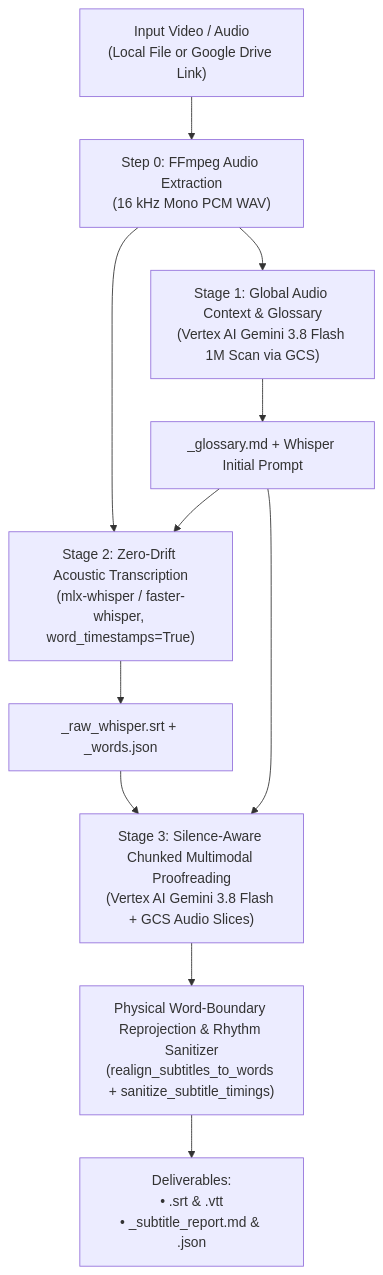
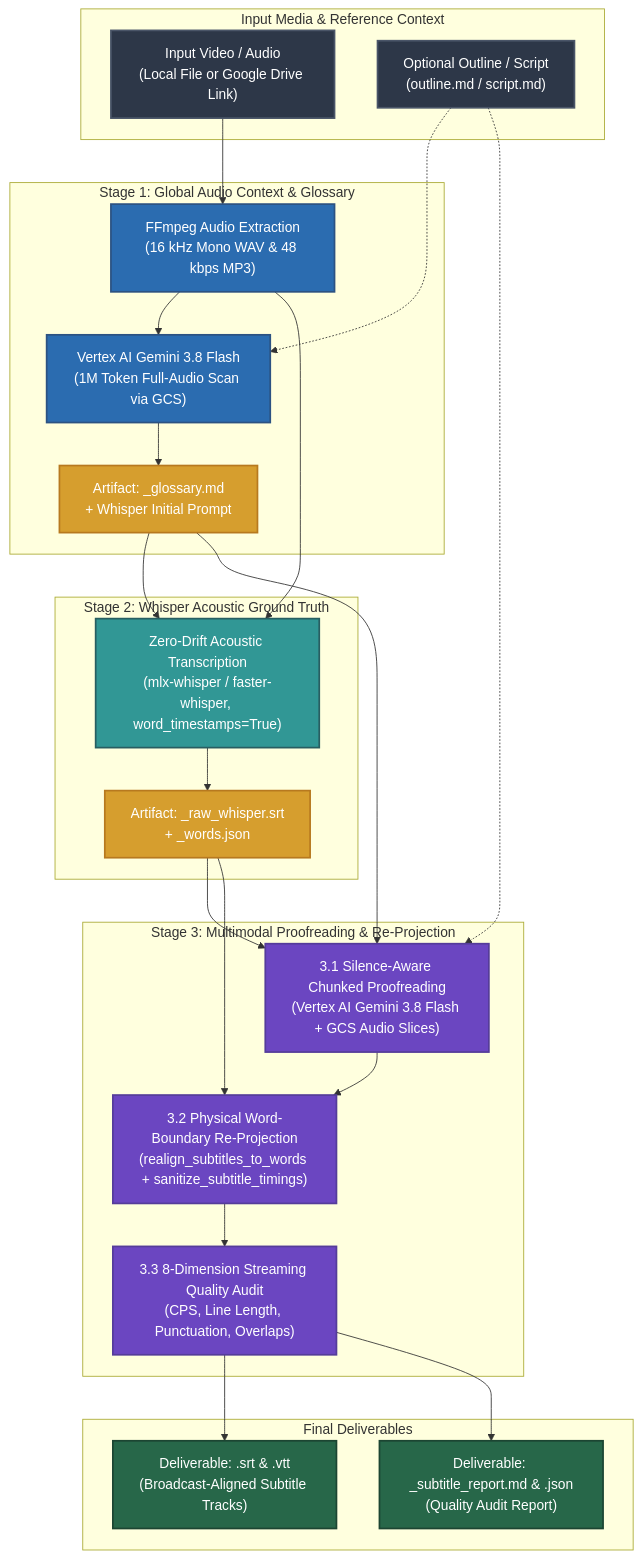
One commit to sylphlin/subtitle-craft changed the diagram in README.md. Above: the diagram before and after it, drawn with Mermaid. The commit also changed 4 other files, not shown here.

Commit message:
docs(readme): add color-coded Mermaid flowcharts for stages, artifacts, and deliverables

````diff
--- a/README.md
+++ b/README.md
@@ -77,13 +77,52 @@
 ```mermaid
 flowchart TD
-    IN["Input Video / Audio<br/>(Local File or Google Drive Link)"] --> S0["Step 0: FFmpeg Audio Extraction<br/>(16 kHz Mono PCM WAV)"]
-    S0 --> S1["Stage 1: Global Audio Context & Glossary<br/>(Vertex AI Gemini 3.8 Flash 1M Scan via GCS)"]
-    S1 --> GL["<basename>_glossary.md + Whisper Initial Prompt"]
-    S0 --> S2["Stage 2: Zero-Drift Acoustic Transcription<br/>(mlx-whisper / faster-whisper, word_timestamps=True)"]
+    classDef inputStyle fill:#2D3748,stroke:#4A5568,stroke-width:2px,color:#fff;
+    classDef stage1Style fill:#2B6CB0,stroke:#2C5282,stroke-width:2px,color:#fff;
+    classDef stage2Style fill:#319795,stroke:#285E61,stroke-width:2px,color:#fff;
+    classDef stage3Style fill:#6B46C1,stroke:#553C9A,stroke-width:2px,color:#fff;
+    classDef artifactStyle fill:#D69E2E,stroke:#B7791F,stroke-width:2px,color:#fff;
+    classDef outputStyle fill:#276749,stroke:#1C4532,stroke-width:2px,color:#fff;
+
+    subgraph Inputs["Input Media & Reference Context"]
+        IN["Input Video / Audio<br/>(Local File or Google Drive Link)"]:::inputStyle
+        REF["Optional Outline / Script<br/>(outline.md / script.md)"]:::inputStyle
+    end
+
+    subgraph Stage1["Stage 1: Global Audio Context & Glossary"]
+        S0["FFmpeg Audio Extraction<br/>(16 kHz Mono WAV & 48 kbps MP3)"]:::stage1Style
+        S1["Vertex AI Gemini 3.8 Flash<br/>(1M Token Full-Audio Scan via GCS)"]:::stage1Style
+        GL["Artifact: <basename>_glossary.md<br/>+ Whisper Initial Prompt"]:::artifactStyle
+    end
+
+    subgraph Stage2["Stage 2: Whisper Acoustic Ground Truth"]
+        S2["Zero-Drift Acoustic Transcription<br/>(mlx-whisper / faster-whisper, word_timestamps=True)"]:::stage2Style
+        WD["Artifact: <basename>_raw_whisper.srt<br/>+ <basename>_words.json"]:::artifactStyle
+    end
+
+    subgraph Stage3["Stage 3: Multimodal Proofreading & Re-Projection"]
+        S3_1["3.1 Silence-Aware Chunked Proofreading<br/>(Vertex AI Gemini 3.8 Flash + GCS Audio Slices)"]:::stage3Style
+        S3_2["3.2 Physical Word-Boundary Re-Projection<br/>(realign_subtitles_to_words + sanitize_subtitle_timings)"]:::stage3Style
+        S3_3["3.3 8-Dimension Streaming Quality Audit<br/>(CPS, Line Length, Punctuation, Overlaps)"]:::stage3Style
+    end
+
+    subgraph Deliverables["Final Deliverables"]
+        OUT_SUB["Deliverable: <basename>.srt & <basename>.vtt<br/>(Broadcast-Aligned Subtitle Tracks)"]:::outputStyle
+        OUT_REP["Deliverable: <basename>_subtitle_report.md & .json<br/>(Quality Audit Report)"]:::outputStyle
+    end
+
+    IN --> S0
+    S0 --> S1
+    REF -.-> S1
+    S1 --> GL
+    S0 --> S2
     GL --> S2
-    S2 --> WD["<basename>_raw_whisper.srt + <basename>_words.json"]
-    WD --> S3["Stage 3: Silence-Aware Chunked Multimodal Proofreading<br/>(Vertex AI Gemini 3.8 Flash + GCS Audio Slices)"]
-    GL --> S3
-    S3 --> RP["Physical Word-Boundary Reprojection & Rhythm Sanitizer<br/>(realign_subtitles_to_words + sanitize_subtitle_timings)"]
-    RP --> OUT["Deliverables:<br/>• <basename>.srt & <basename>.vtt<br/>• <basename>_subtitle_report.md & .json"]
+    S2 --> WD
+    WD --> S3_1
+    GL --> S3_1
+    REF -.-> S3_1
+    S3_1 --> S3_2
+    WD --> S3_2
+    S3_2 --> S3_3
+    S3_3 --> OUT_SUB
+    S3_3 --> OUT_REP
 ```
````
